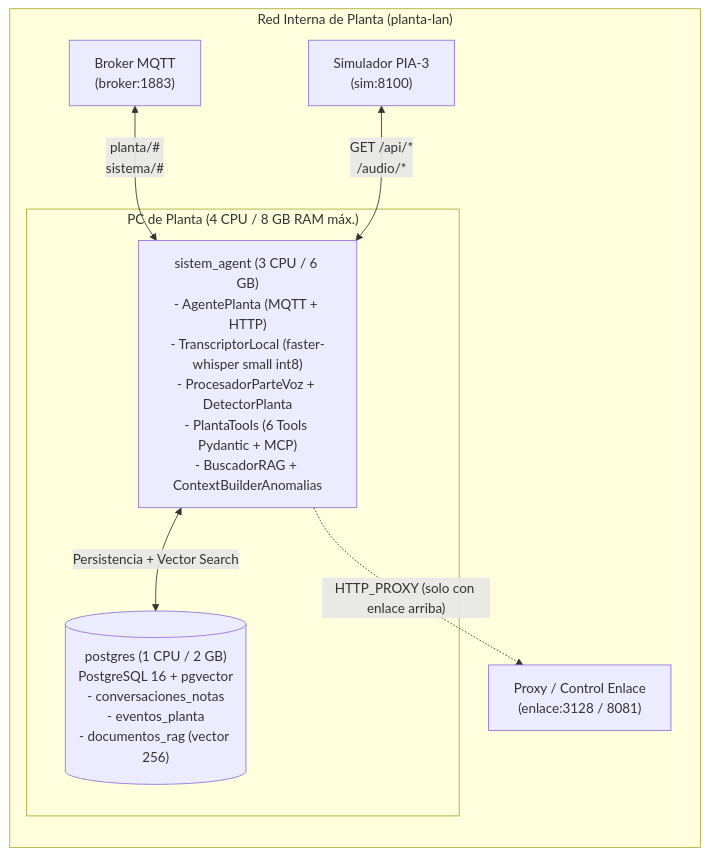
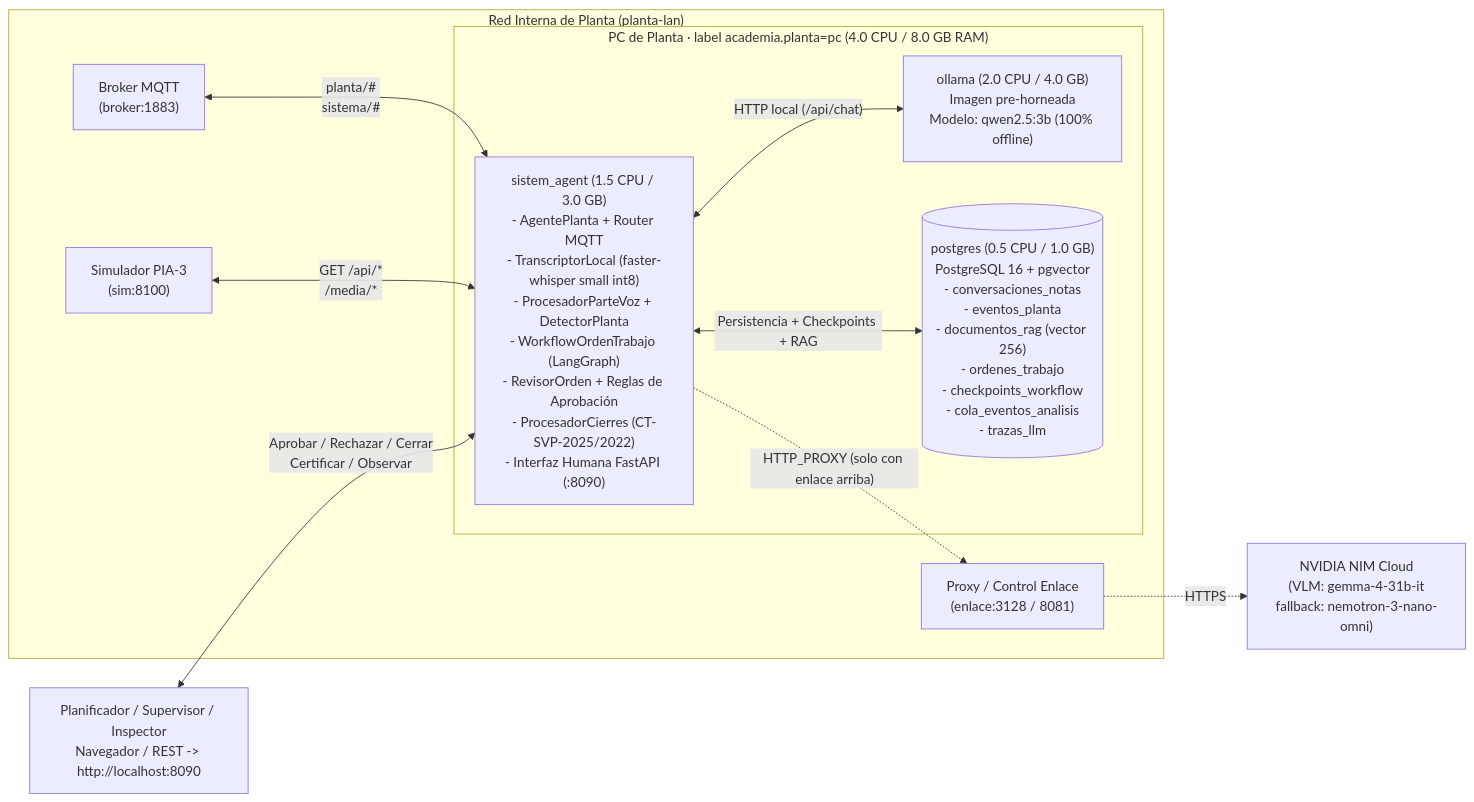
The first of 2 diagrams in README.md (AgusVolpe/agustin-volpe), drawn with Mermaid before and after one commit. The commit also changed other lines of this file and 25 other files, not shown here.

Commit message:
Entrega 2: workflow LangGraph, reglas en codigo, Ollama + NVIDIA NIM, durabilidad sin-luz, UI humana y cierres/certificacion

````diff
--- a/README.md
+++ b/README.md
@@ -9,18 +11,25 @@
 ```mermaid
 flowchart LR
     subgraph Planta["Red Interna de Planta (planta-lan)"]
         Broker["Broker MQTT\n(broker:1883)"]
         Sim["Simulador PIA-3\n(sim:8100)"]
         Enlace["Proxy / Control Enlace\n(enlace:3128 / 8081)"]
-        
-        subgraph PCPlanta["PC de Planta (4 CPU / 8 GB RAM máx.)"]
-            Agente["sistem_agent (3 CPU / 6 GB)\n- AgentePlanta (MQTT + HTTP)\n- TranscriptorLocal (faster-whisper small int8)\n- ProcesadorParteVoz + DetectorPlanta\n- PlantaTools (6 Tools Pydantic + MCP)\n- BuscadorRAG + ContextBuilderAnomalias"]
-            PG[("postgres (1 CPU / 2 GB)\nPostgreSQL 16 + pgvector\n- conversaciones_notas\n- eventos_planta\n- documentos_rag (vector 256)")]
+
+        subgraph PCPlanta["PC de Planta · label academia.planta=pc (4.0 CPU / 8.0 GB RAM)"]
+            Agente["sistem_agent (1.5 CPU / 3.0 GB)\n- AgentePlanta + Router MQTT\n- TranscriptorLocal (faster-whisper small int8)\n- ProcesadorParteVoz + DetectorPlanta\n- WorkflowOrdenTrabajo (LangGraph)\n- RevisorOrden + Reglas de Aprobación\n- ProcesadorCierres (CT-SVP-2025/2022)\n- Interfaz Humana FastAPI (:8090)"]
+            Ollama["ollama (2.0 CPU / 4.0 GB)\nImagen pre-horneada\nModelo: qwen2.5:3b (100% offline)"]
+            PG[("postgres (0.5 CPU / 1.0 GB)\nPostgreSQL 16 + pgvector\n- conversaciones_notas\n- eventos_planta\n- documentos_rag (vector 256)\n- ordenes_trabajo\n- checkpoints_workflow\n- cola_eventos_analisis\n- trazas_llm")]
         end
     end
 
+    NIM["NVIDIA NIM Cloud\n(VLM: gemma-4-31b-it\nfallback: nemotron-3-nano-omni)"]
+    Humano["Planificador / Supervisor / Inspector\nNavegador / REST -> http://localhost:8090"]
+
     Broker <-->|"planta/#\nsistema/#"| Agente
-    Sim <-->|"GET /api/*\n/audio/*"| Agente
-    Agente <-->|"Persistencia + Vector Search"| PG
+    Sim <-->|"GET /api/*\n/media/*"| Agente
+    Agente <-->|"Persistencia + Checkpoints + RAG"| PG
+    Agente <-->|"HTTP local (/api/chat)"| Ollama
     Agente -.->|"HTTP_PROXY (solo con enlace arriba)"| Enlace
+    Enlace -.->|"HTTPS"| NIM
+    Humano <-->|"Aprobar / Rechazar / Cerrar\nCertificar / Observar"| Agente
 ```
````
